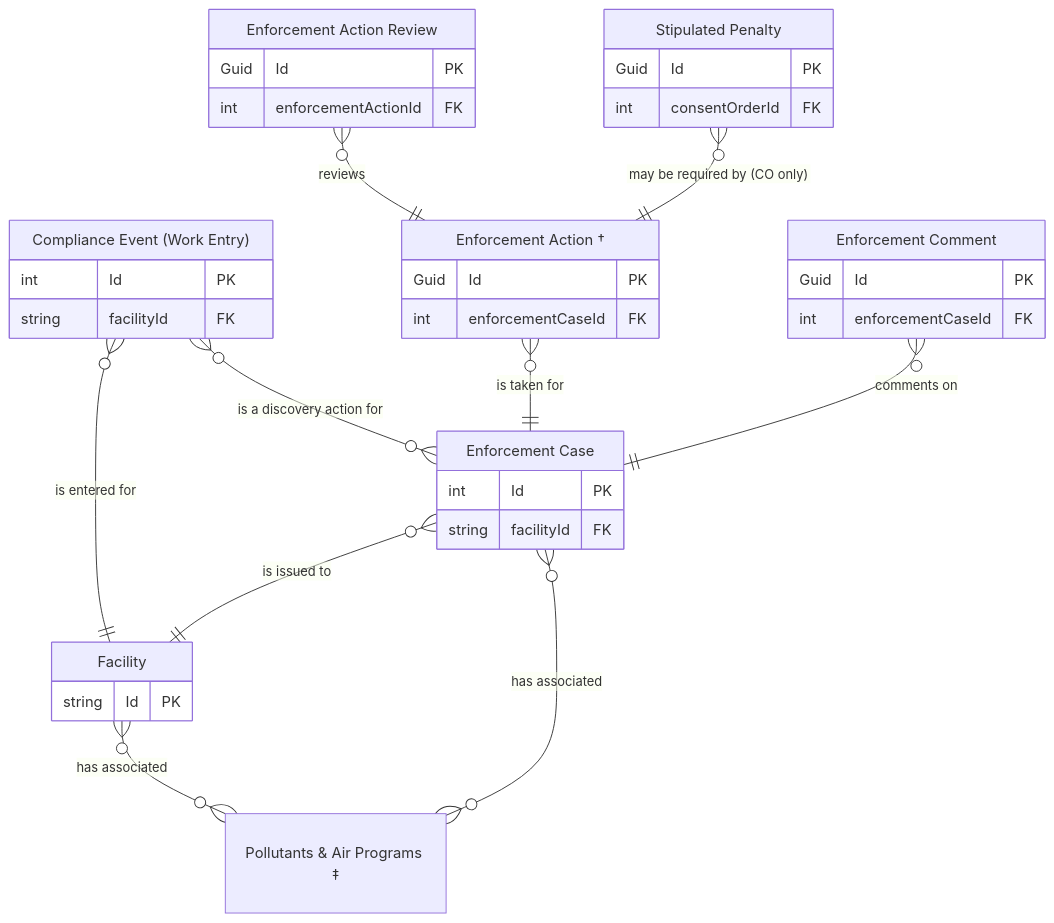
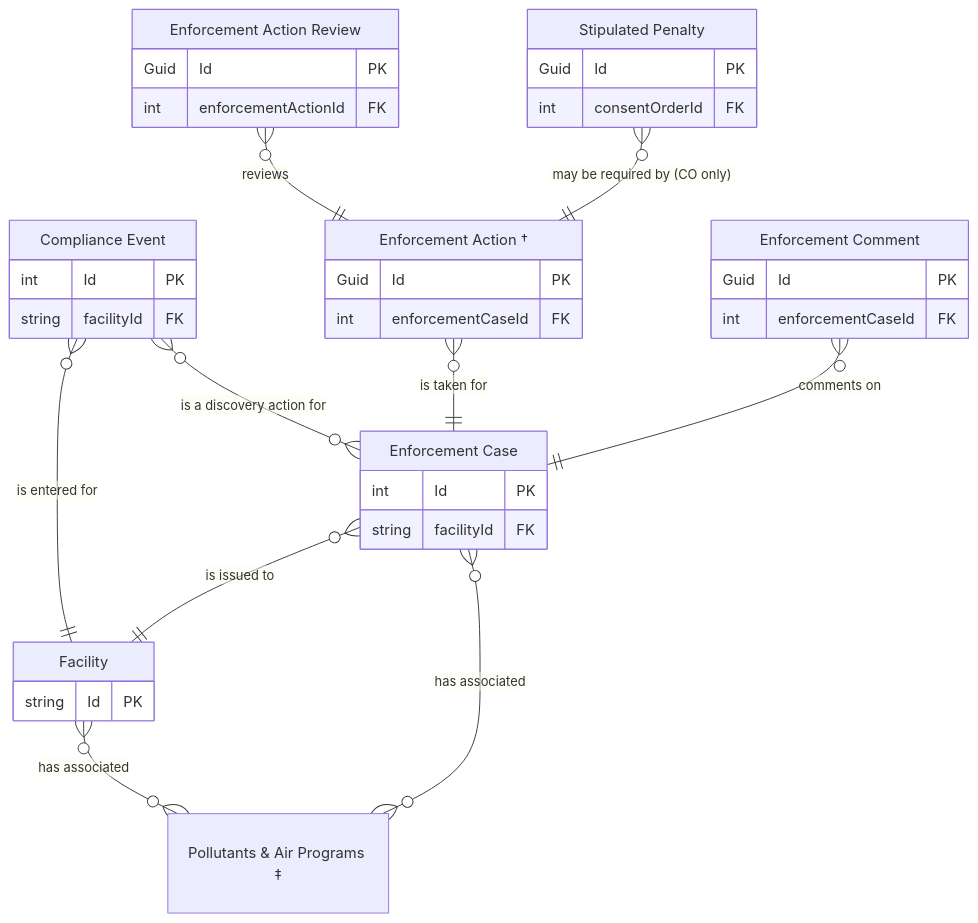
Before and after one commit to gaepdit/air-web: the first of 2 diagrams in docs/Data-entities/Enforcement-ERD.md, drawn with Mermaid. The commit also changed other lines of this file and 4 other files, not shown here.

````diff
--- a/docs/Data-entities/Enforcement-ERD.md
+++ b/docs/Data-entities/Enforcement-ERD.md
@@ -5,48 +3,48 @@
 ```mermaid
 erDiagram
     FAC["Facility"] {
         string Id PK
     }
 
-    CWE["Compliance Event (Work Entry)"] {
+    CWE["Compliance Event"] {
         int Id PK
         string facilityId FK
     }
 
     ENF["Enforcement Case"] {
         int Id PK
         string facilityId FK
     }
 
     CTE["Enforcement Comment"] {
         Guid Id PK
         int enforcementCaseId FK
     }
 
     ACT["Enforcement Action †"] {
         Guid Id PK
         int enforcementCaseId FK
     }
 
     POL["Pollutants & Air Programs ‡"]
 
     REV["Enforcement Action Review"] {
         Guid Id PK
         int enforcementActionId FK
     }
 
     STP["Stipulated Penalty"] {
         Guid Id PK
         int consentOrderId FK
     }
 
     FAC }o--o{ POL: "has associated"
     ENF }o--o{ POL: "has associated"
     CWE }o--o{ ENF: "is a discovery action for"
     CWE }o--|| FAC: "is entered for"
     ACT }o--|| ENF: "is taken for"
     CTE }o--|| ENF: "comments on"
     ENF }o--|| FAC: "is issued to"
     REV }o--|| ACT: "reviews"
     STP }o--|| ACT: "may be required by (CO only)"
 ```
````
